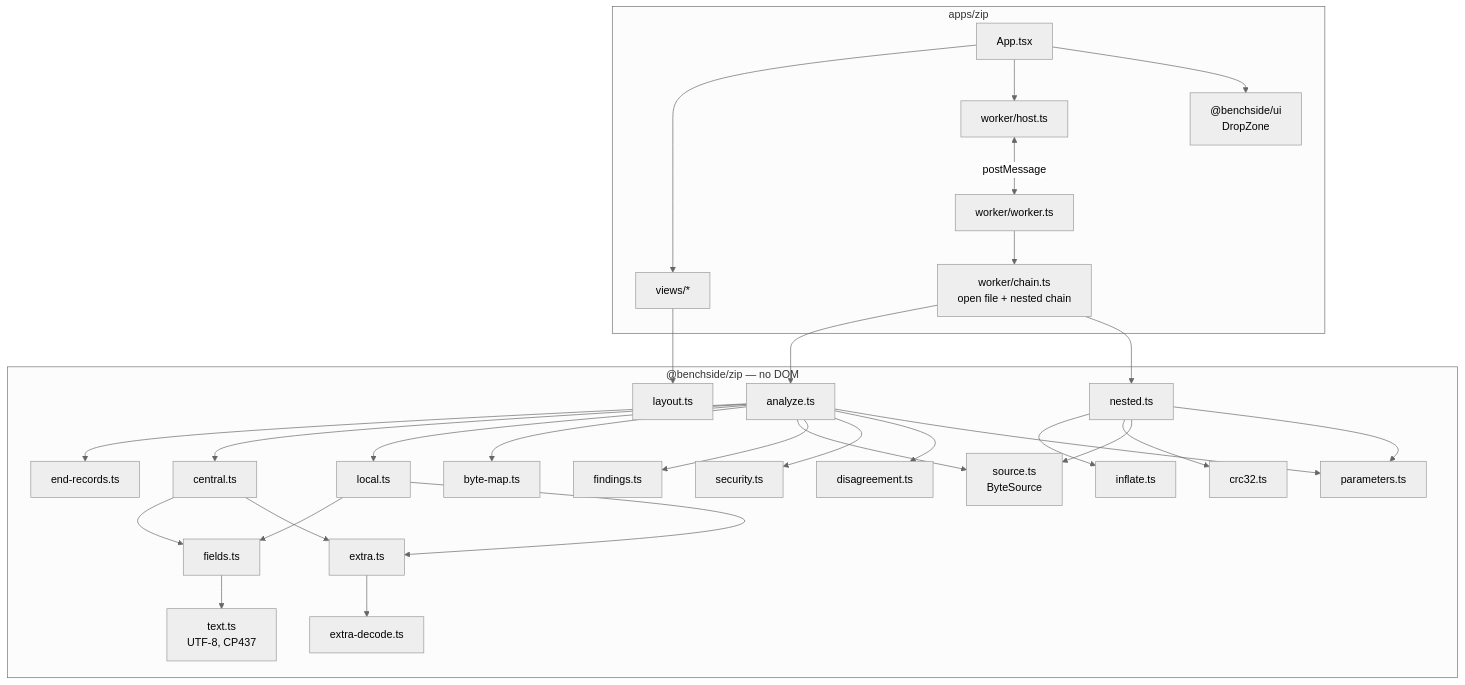
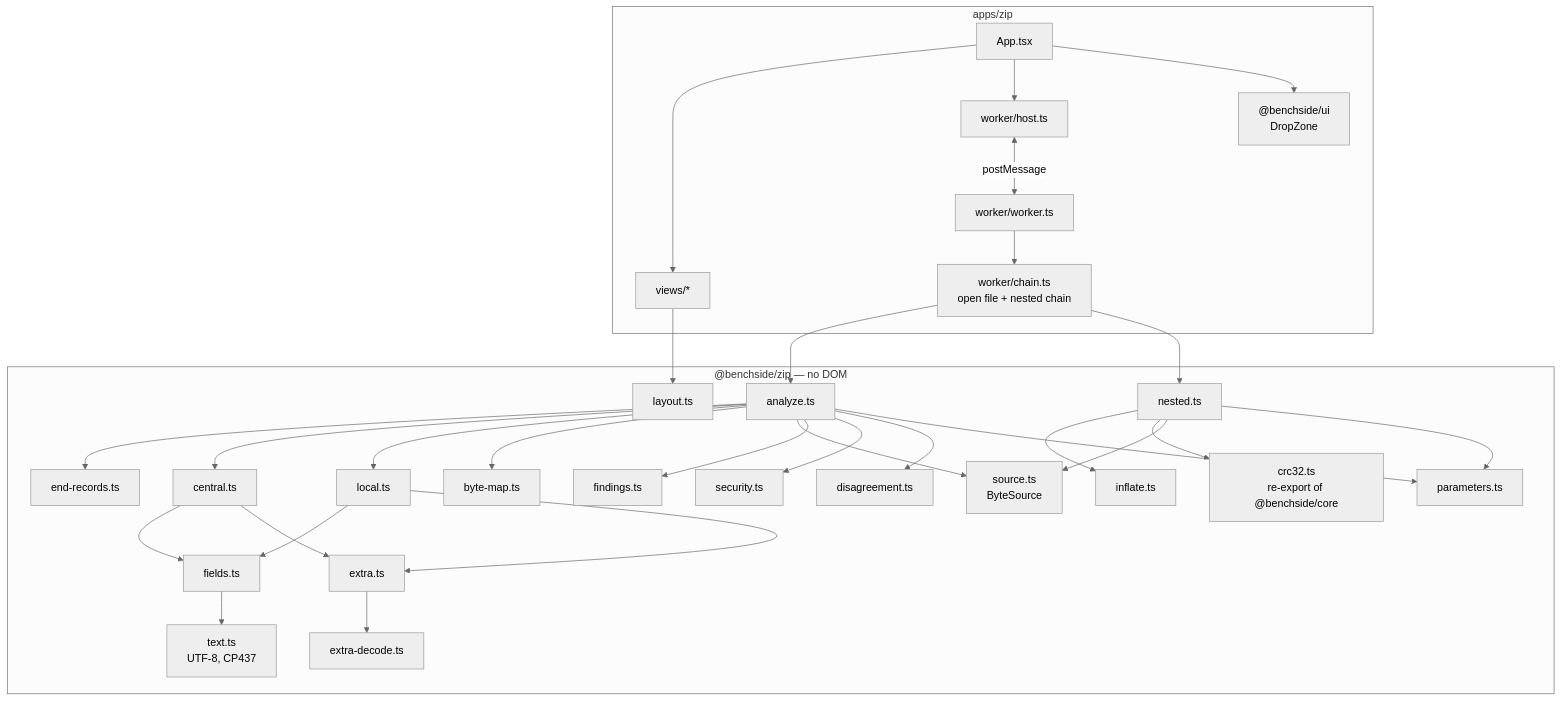
The first of 4 diagrams in docs/explanation/zip-architecture.md (photom/benchside), drawn with Mermaid (neutral theme) before and after one commit. The commit also changed other lines of this file and 10 other files, not shown here.

First line of the commit message:
Add gunzip to @benchside/core (step 2, ADR 0017) (#24)

````diff
--- a/docs/explanation/zip-architecture.md
+++ b/docs/explanation/zip-architecture.md
@@ -7,31 +7,31 @@
 ```mermaid
 flowchart TD
   subgraph app ["apps/zip"]
     App[App.tsx] --> views[views/*]
     App --> host[worker/host.ts]
     host <-- postMessage --> worker[worker/worker.ts]
     worker --> chain["worker/chain.ts<br/>open file + nested chain"]
     App --> ui["@benchside/ui<br/>DropZone"]
   end
   subgraph pkg ["@benchside/zip — no DOM"]
     analyze[analyze.ts] --> endr[end-records.ts]
     analyze --> central[central.ts]
     analyze --> local[local.ts]
     analyze --> map[byte-map.ts]
     central & local --> fields[fields.ts]
     central & local --> extra[extra.ts]
     extra --> decode[extra-decode.ts]
     fields --> text[text.ts<br/>UTF-8, CP437]
     open[nested.ts] --> inflate[inflate.ts]
-    open --> crc[crc32.ts]
+    open --> crc["crc32.ts<br/>re-export of @benchside/core"]
     analyze & open --> source[source.ts<br/>ByteSource]
     analyze --> findings[findings.ts]
     analyze --> sec[security.ts]
     analyze --> rd[disagreement.ts]
     analyze & open --> params[parameters.ts]
     layout[layout.ts]
   end
   chain --> analyze
   chain --> open
   views --> layout
 ```
````
